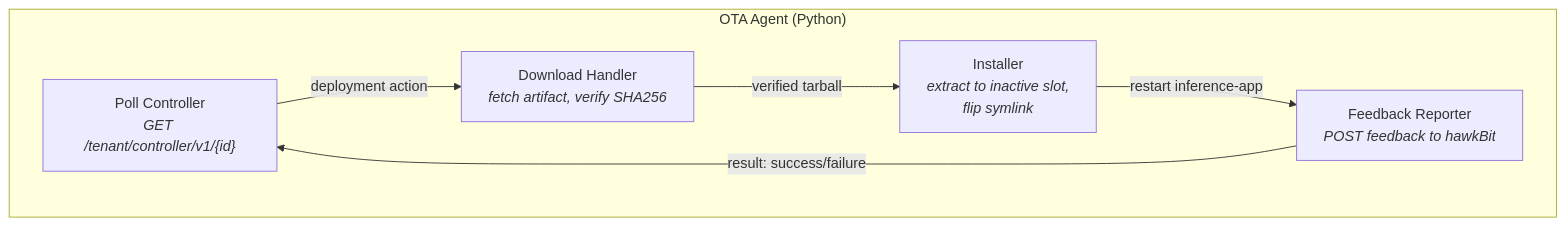
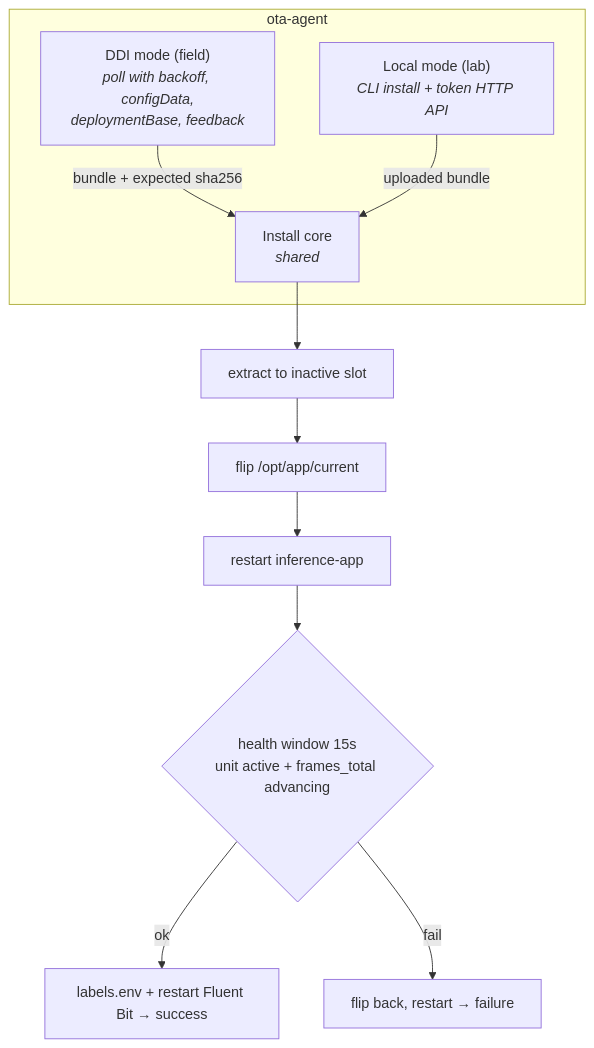
Before and after one commit to phoenixsac/wavebreak: the fourth of 8 diagrams in docs/architecture.md, drawn with Mermaid. The commit also changed other lines of this file and 10 other files, not shown here.

````diff
--- a/docs/architecture.md
+++ b/docs/architecture.md
@@ -121,14 +149,13 @@
 ```mermaid
 flowchart TB
-    subgraph ota_agent["OTA Agent (Python)"]
-        poll["Poll Controller<br/><i>GET /tenant/controller/v1/{id}</i>"]
-        dl["Download Handler<br/><i>fetch artifact, verify SHA256</i>"]
-        install["Installer<br/><i>extract to inactive slot,<br/>flip symlink</i>"]
-        fb_report["Feedback Reporter<br/><i>POST feedback to hawkBit</i>"]
+    subgraph ota["ota-agent"]
+        ddi["DDI mode (field)<br/><i>poll with backoff, configData,<br/>deploymentBase, feedback</i>"]
+        local["Local mode (lab)<br/><i>CLI install + token HTTP API</i>"]
+        core["Install core<br/><i>shared</i>"]
     end
-
-    poll -- "deployment action" --> dl
-    dl -- "verified tarball" --> install
-    install -- "restart inference-app" --> fb_report
-    fb_report -- "result: success/failure" --> poll
+    ddi -- "bundle + expected sha256" --> core
+    local -- "uploaded bundle" --> core
+    core --> s1["extract to inactive slot"] --> s2["flip /opt/app/current"] --> s3["restart inference-app"] --> s4{"health window 15s<br/>unit active + frames_total advancing"}
+    s4 -- "ok" --> s5["labels.env + restart Fluent Bit → success"]
+    s4 -- "fail" --> s6["flip back, restart → failure"]
 ```
````
